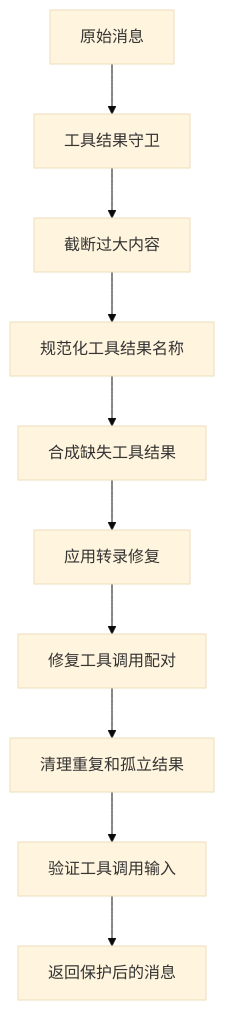
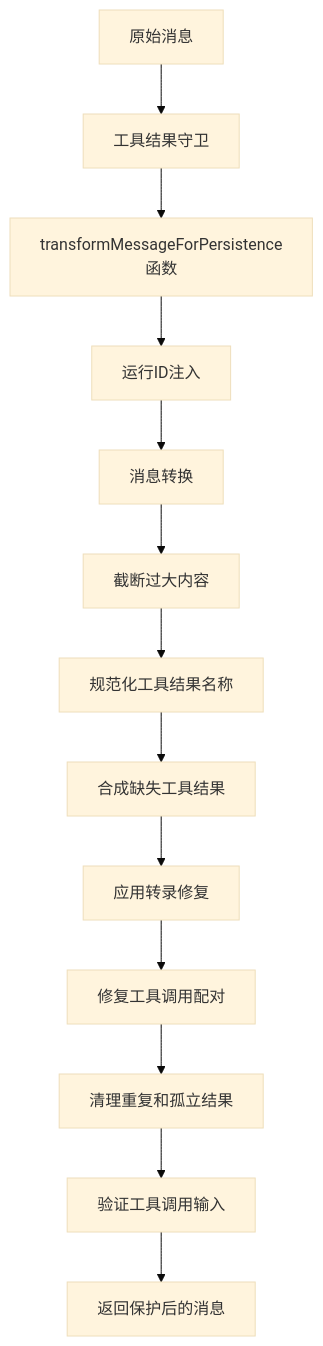
Before and after one commit to verse-ai-org/openclaw: the tenth of 19 diagrams in .qoder/repowiki/zh/content/核心概念/会话管理.md, drawn with Mermaid (base theme). The commit also changed other lines of this file and 95 other files, not shown here.

````diff
--- a/.qoder/repowiki/zh/content/核心概念/会话管理.md
+++ b/.qoder/repowiki/zh/content/核心概念/会话管理.md
@@ -517,12 +615,15 @@
 ```mermaid
 flowchart TD
 A["原始消息"] --> B["工具结果守卫"]
-B --> C["截断过大内容"]
-C --> D["规范化工具结果名称"]
-D --> E["合成缺失工具结果"]
-E --> F["应用转录修复"]
-F --> G["修复工具调用配对"]
-G --> H["清理重复和孤立结果"]
-H --> I["验证工具调用输入"]
-I --> J["返回保护后的消息"]
+B --> C["transformMessageForPersistence函数"]
+C --> D["运行ID注入"]
+D --> E["消息转换"]
+E --> F["截断过大内容"]
+F --> G["规范化工具结果名称"]
+G --> H["合成缺失工具结果"]
+H --> I["应用转录修复"]
+I --> J["修复工具调用配对"]
+J --> K["清理重复和孤立结果"]
+K --> L["验证工具调用输入"]
+L --> M["返回保护后的消息"]
 ```
````
